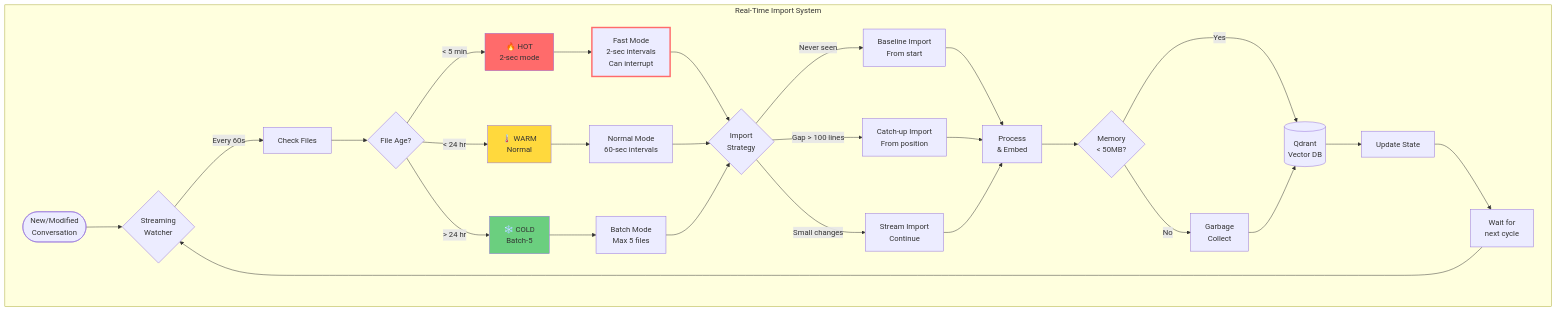
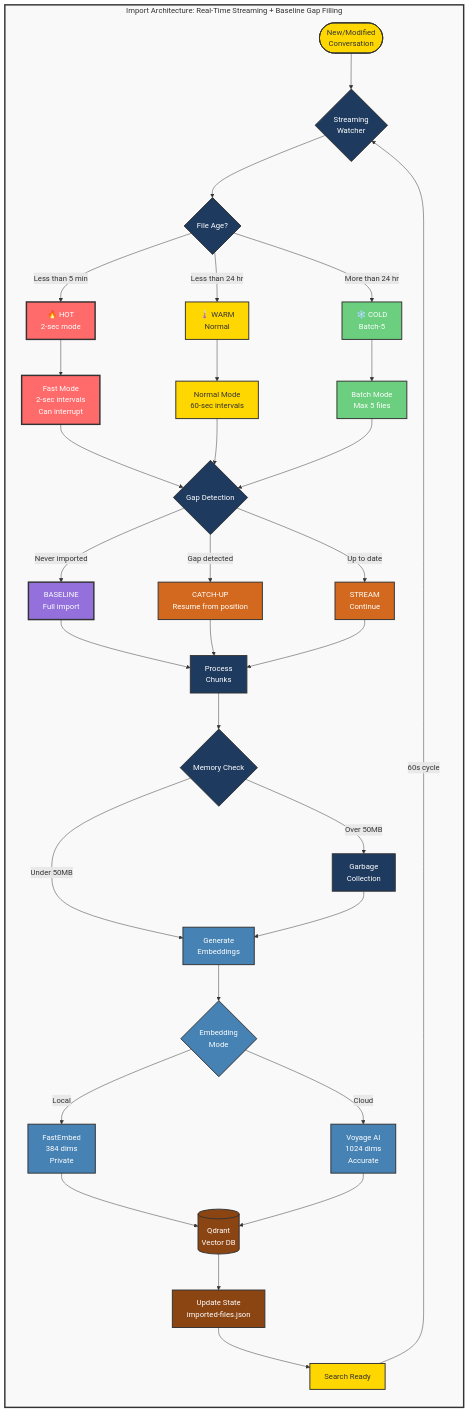
The diagram in docs/diagrams/import-architecture.mmd (ramccor/claude-self-reflect), drawn with Mermaid before and after one commit. The commit also changed 3 other files, not shown here.

First line of the commit message:
fix: use PNG image for import architecture diagram in README

```diff
--- a/docs/diagrams/import-architecture.mmd
+++ b/docs/diagrams/import-architecture.mmd
@@ -1,41 +1,64 @@
-flowchart TB
-    subgraph "Real-Time Import System"
+flowchart LR
+    subgraph System["Import Architecture: Real-Time Streaming + Baseline Gap Filling"]
         NewFile([New/Modified<br/>Conversation]) --> Watcher{Streaming<br/>Watcher}
         
-        Watcher -->|Every 60s| Check[Check Files]
-        Check --> Priority{File Age?}
+        Watcher --> Priority{File Age?}
         
-        Priority -->|< 5 min| Hot[🔥 HOT<br/>2-sec mode]
-        Priority -->|< 24 hr| Warm[🌡️ WARM<br/>Normal]
-        Priority -->|> 24 hr| Cold[❄️ COLD<br/>Batch-5]
+        Priority -->|Less than 5 min| Hot[🔥 HOT<br/>2-sec mode]
+        Priority -->|Less than 24 hr| Warm[🌡️ WARM<br/>Normal]
+        Priority -->|More than 24 hr| Cold[❄️ COLD<br/>Batch-5]
         
-        Hot --> FastMode[Fast Mode<br/>2-sec intervals<br/>Can interrupt]
-        Warm --> NormalMode[Normal Mode<br/>60-sec intervals]
-        Cold --> BatchMode[Batch Mode<br/>Max 5 files]
+        Hot --> Fast[Fast Mode<br/>2-sec intervals<br/>Can interrupt]
+        Warm --> Normal[Normal Mode<br/>60-sec intervals]
+        Cold --> Batch[Batch Mode<br/>Max 5 files]
         
-        FastMode --> Import{Import<br/>Strategy}
-        NormalMode --> Import
-        BatchMode --> Import
+        Fast --> Gap{Gap Detection}
+        Normal --> Gap
+        Batch --> Gap
         
-        Import -->|Never seen| Full[Baseline Import<br/>From start]
-        Import -->|Gap > 100 lines| Catchup[Catch-up Import<br/>From position]
-        Import -->|Small changes| Stream[Stream Import<br/>Continue]
+        Gap -->|Never imported| Base[BASELINE<br/>Full import]
+        Gap -->|Gap detected| Catch[CATCH-UP<br/>Resume from position]
+        Gap -->|Up to date| Str[STREAM<br/>Continue]
         
-        Full --> Process[Process<br/>& Embed]
-        Catchup --> Process
-        Stream --> Process
+        Base --> Proc[Process<br/>Chunks]
+        Catch --> Proc
+        Str --> Proc
         
-        Process --> Memory{Memory<br/>< 50MB?}
-        Memory -->|Yes| Store[(Qdrant<br/>Vector DB)]
-        Memory -->|No| GC[Garbage<br/>Collect]
+        Proc --> Mem{Memory Check}
+        Mem -->|Under 50MB| Emb[Generate<br/>Embeddings]
+        Mem -->|Over 50MB| GC[Garbage<br/>Collection]
+        GC --> Emb
         
-        GC --> Store
-        Store --> State[Update State]
-        State --> Wait[Wait for<br/>next cycle]
-        Wait --> Watcher
+        Emb --> Type{Embedding<br/>Mode}
+        Type -->|Local| Loc[FastEmbed<br/>384 dims<br/>Private]
+        Type -->|Cloud| Cld[Voyage AI<br/>1024 dims<br/>Accurate]
         
-        style Hot fill:#ff6b6b
-        style Warm fill:#ffd93d
-        style Cold fill:#6bcf7f
-        style FastMode stroke:#ff6b6b,stroke-width:3px
+        Loc --> DB[(Qdrant<br/>Vector DB)]
+        Cld --> DB
+        
+        DB --> State[Update State<br/>imported-files.json]
+        State --> Ready[Search Ready]
+        Ready -->|60s cycle| Watcher
+        
+        classDef hotStyle fill:#ff6b6b,stroke:#333,stroke-width:3px,color:#fff
+        classDef warmStyle fill:#FFD700,stroke:#333,stroke-width:2px,color:#333
+        classDef coldStyle fill:#6bcf7f,stroke:#333,stroke-width:2px,color:#fff
+        classDef processStyle fill:#1e3a5f,stroke:#333,stroke-width:2px,color:#fff
+        classDef importStyle fill:#D2691E,stroke:#333,stroke-width:2px,color:#fff
+        classDef storageStyle fill:#8B4513,stroke:#333,stroke-width:2px,color:#fff
+        classDef baselineStyle fill:#9370DB,stroke:#333,stroke-width:3px,color:#fff
+        classDef embedStyle fill:#4682B4,stroke:#333,stroke-width:2px,color:#fff
+        
+        class Hot,Fast hotStyle
+        class Warm,Normal warmStyle
+        class Cold,Batch coldStyle
+        class Base baselineStyle
+        class Catch,Str importStyle
+        class Proc,Mem,GC processStyle
+        class Loc,Cld,Emb,Type embedStyle
+        class DB,State storageStyle
+        class Watcher,Priority,Gap processStyle
+        class NewFile,Ready warmStyle
+        
+        style System fill:#f9f9f9,stroke:#333,stroke-width:3px
     end
```
